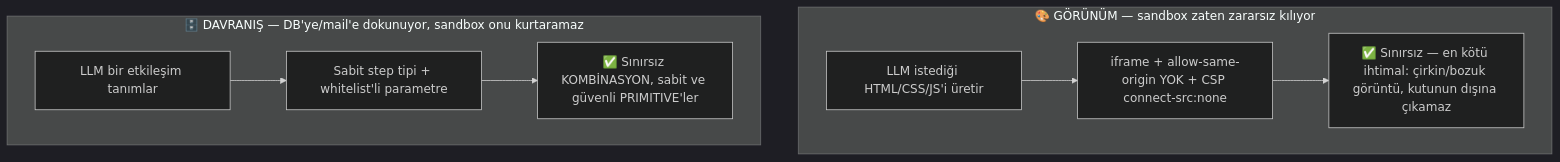
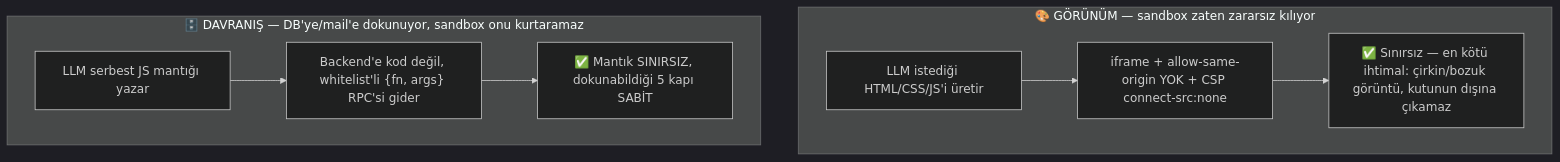
The first of 2 diagrams in docs/ai/dashboard-event-catalog.mdx (yusufkrnz/NPBackDocs), drawn with Mermaid (dark theme) before and after one commit. The commit also changed other lines of this file and 3 other files, not shown here.

First line of the commit message:
Dashboard davranış modelini düzelt: sabit step tipi yerine generative JS + capability RPC

````diff
--- a/docs/ai/dashboard-event-catalog.mdx
+++ b/docs/ai/dashboard-event-catalog.mdx
@@ -24,15 +24,15 @@
 ```mermaid
 flowchart TB
     subgraph V["🎨 GÖRÜNÜM — sandbox zaten zararsız kılıyor"]
         V1["LLM istediği HTML/CSS/JS'i üretir"]
         V2["iframe + allow-same-origin YOK + CSP connect-src:none"]
         V3["✅ Sınırsız — en kötü ihtimal: çirkin/bozuk görüntü, kutunun dışına çıkamaz"]
         V1 --> V2 --> V3
     end
     subgraph D["🗄️ DAVRANIŞ — DB'ye/mail'e dokunuyor, sandbox onu kurtaramaz"]
-        D1["LLM bir etkileşim tanımlar"]
-        D2["Sabit step tipi + whitelist'li parametre"]
-        D3["✅ Sınırsız KOMBİNASYON, sabit ve güvenli PRIMITIVE'ler"]
+        D1["LLM serbest JS mantığı yazar"]
+        D2["Backend'e kod değil, whitelist'li {fn, args} RPC'si gider"]
+        D3["✅ Mantık SINIRSIZ, dokunabildiği 5 kapı SABİT"]
         D1 --> D2 --> D3
     end
 ```
````
